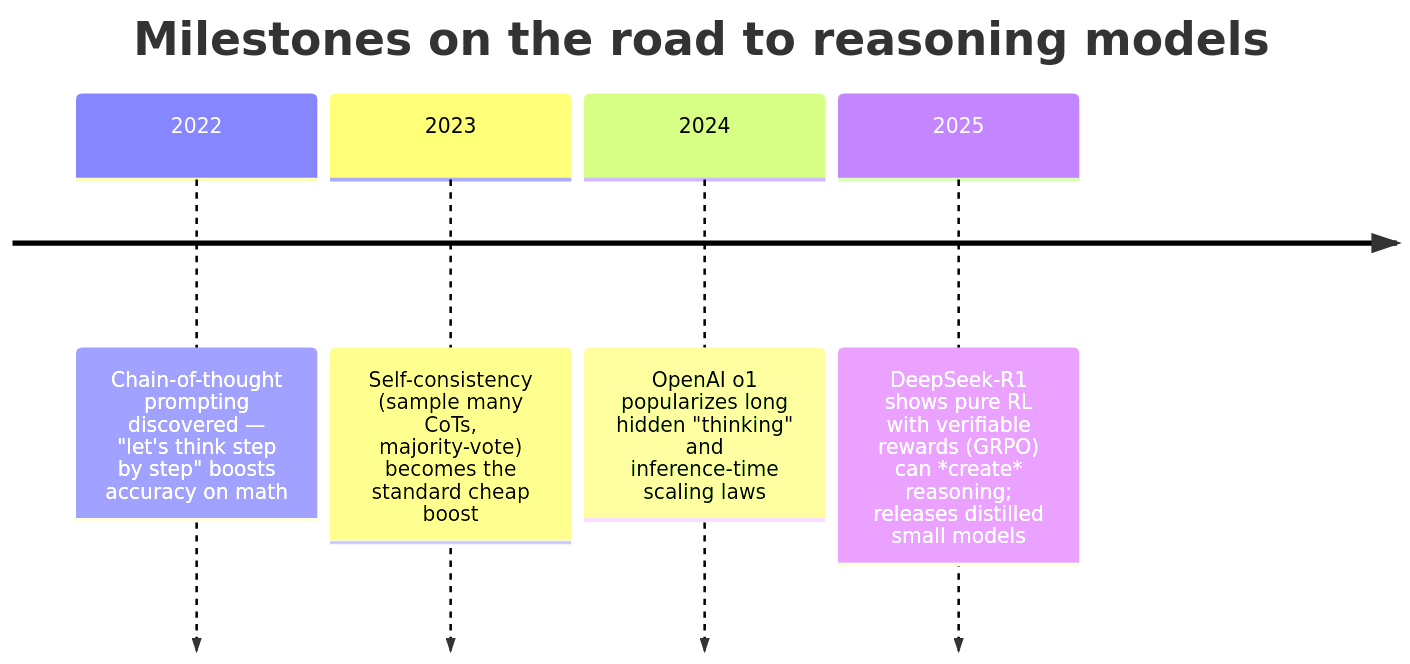
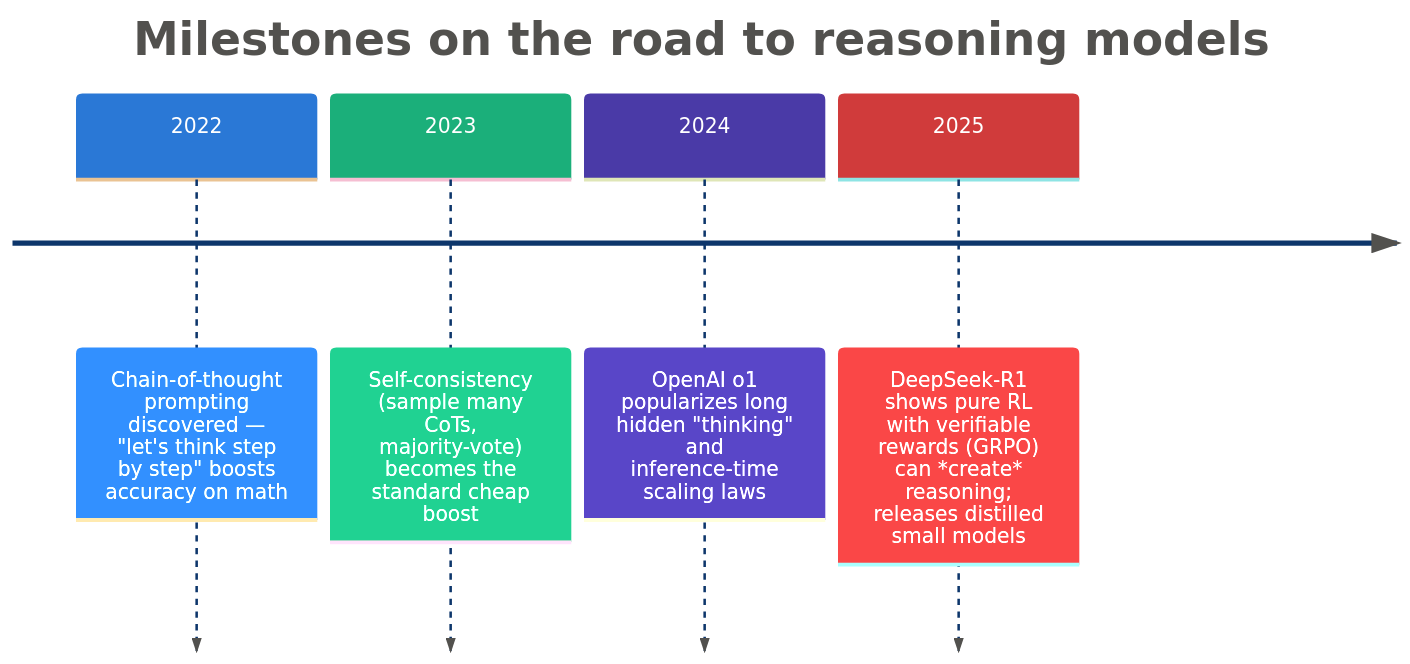
One commit to sudhanshu-shivam-dev/reasoning_model_from_scratch changed the fifth of 6 diagrams in study_guide/ch01_understanding_reasoning_models.md. Above: the diagram before and after it, drawn with Mermaid. The commit also changed other lines of this file and 14 other files, not shown here.

First line of the commit message:
Restyle all 54 diagrams: consistent palette, semantic colors, better spacing

````diff
--- a/study_guide/ch01_understanding_reasoning_models.md
+++ b/study_guide/ch01_understanding_reasoning_models.md
@@ -142,8 +158,9 @@
 ```mermaid
+%%{init: {"theme":"base","themeVariables":{"cScale0":"#2a78d6","cScaleLabel0":"#ffffff","cScale1":"#1baf7a","cScaleLabel1":"#ffffff","cScale2":"#4a3aa7","cScaleLabel2":"#ffffff","cScale3":"#d03b3b","cScaleLabel3":"#ffffff","primaryColor":"#e0edfb","primaryTextColor":"#0d366b","primaryBorderColor":"#2a78d6","lineColor":"#898781","textColor":"#52514e","titleColor":"#898781"}}}%%
 timeline
     title Milestones on the road to reasoning models
     2022 : Chain-of-thought prompting discovered — "let's think step by step" boosts accuracy on math
     2023 : Self-consistency (sample many CoTs, majority-vote) becomes the standard cheap boost
     2024 : OpenAI o1 popularizes long hidden "thinking" and inference-time scaling laws
     2025 : DeepSeek-R1 shows pure RL with verifiable rewards (GRPO) can *create* reasoning; releases distilled small models
 ```
````
